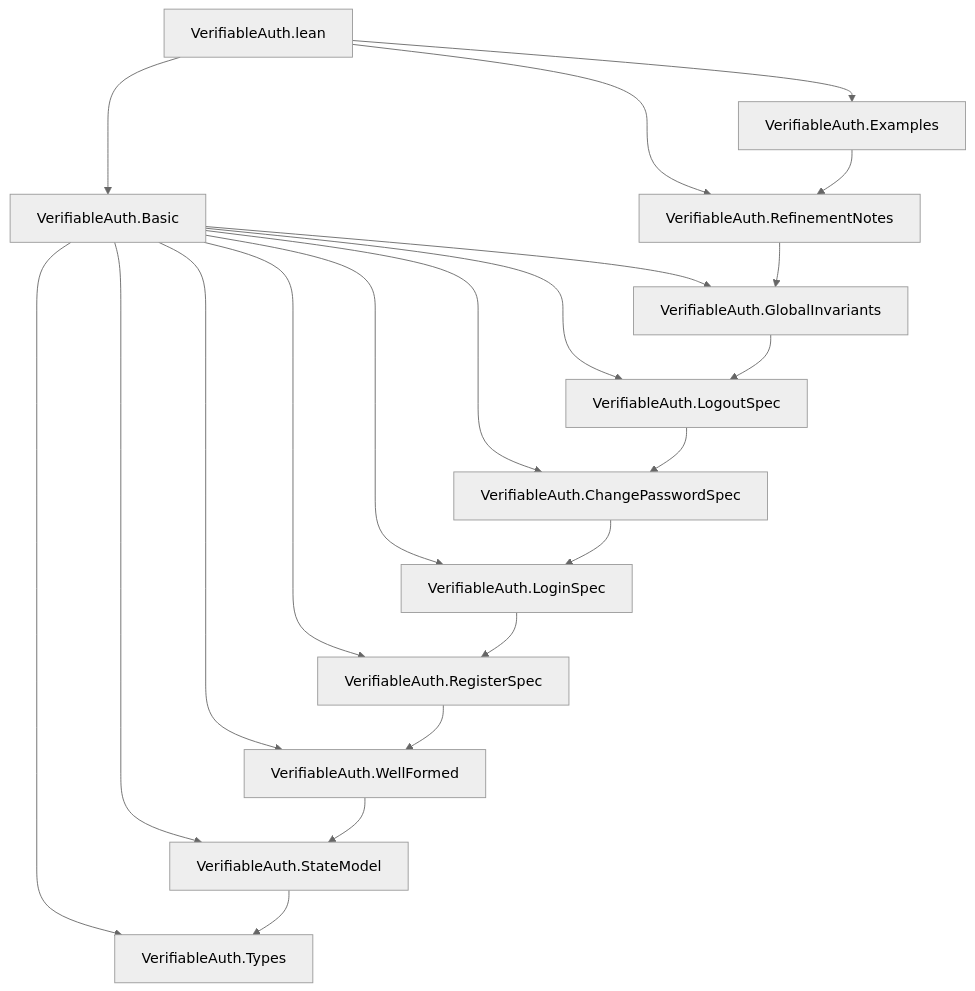
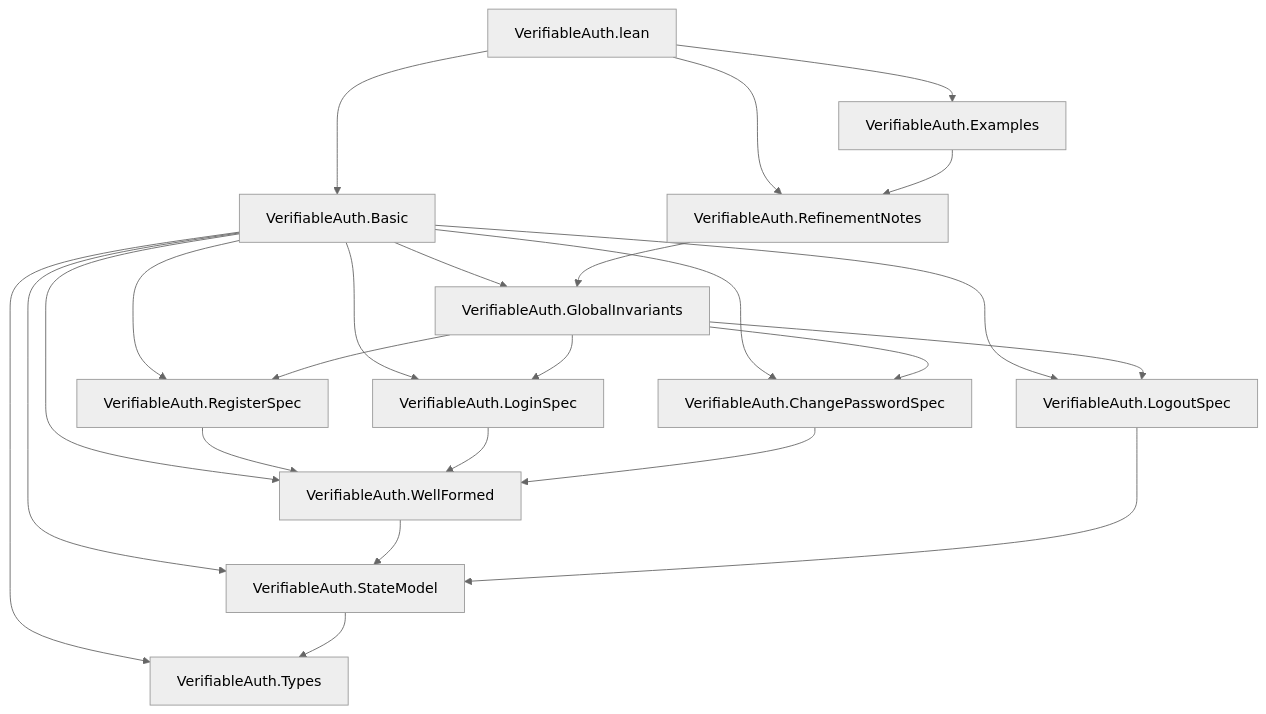
The diagram in spec/README.md (fumiya-data/verifiable-auth-platform), drawn with Mermaid (neutral theme) before and after one commit. The commit also changed 12 other files, not shown here.

````diff
--- a/spec/README.md
+++ b/spec/README.md
@@ -20,25 +20,28 @@
 ```mermaid
 flowchart TD
   root["VerifiableAuth.lean"] --> basic["VerifiableAuth.Basic"]
   root --> refinement["VerifiableAuth.RefinementNotes"]
   root --> examples["VerifiableAuth.Examples"]
 
   basic --> types["VerifiableAuth.Types"]
   basic --> state["VerifiableAuth.StateModel"]
   basic --> well["VerifiableAuth.WellFormed"]
   basic --> register["VerifiableAuth.RegisterSpec"]
   basic --> login["VerifiableAuth.LoginSpec"]
   basic --> change["VerifiableAuth.ChangePasswordSpec"]
   basic --> logout["VerifiableAuth.LogoutSpec"]
   basic --> invariants["VerifiableAuth.GlobalInvariants"]
 
   state --> types
   well --> state
   register --> well
-  login --> register
-  change --> login
-  logout --> change
+  login --> well
+  change --> well
+  logout --> state
+  invariants --> register
+  invariants --> login
+  invariants --> change
   invariants --> logout
   refinement --> invariants
   examples --> refinement
 ```
````
